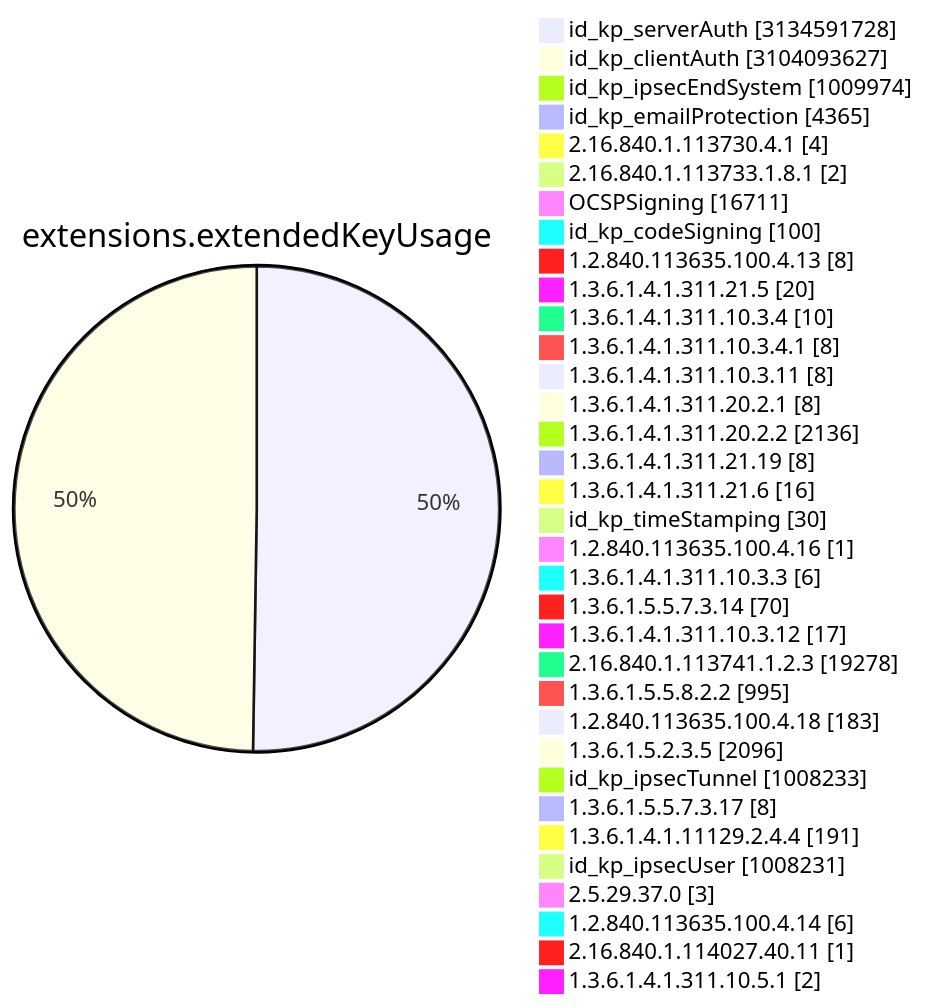
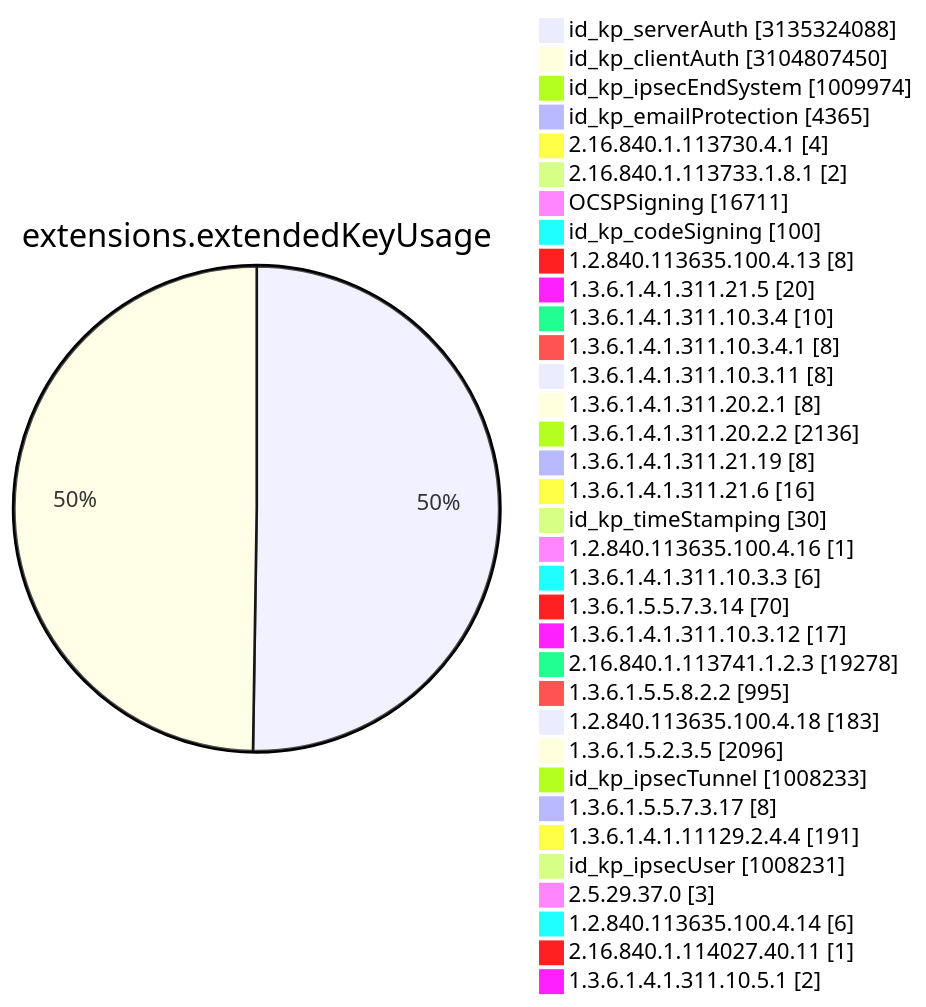
One commit to christiankrug/ctmonitor_visualization changed diagram 11 of 15 in TOTAL/README.md. Above: the diagram before and after it, drawn with Mermaid. The commit also changed other lines of this file, not shown here.

````diff
--- a/TOTAL/README.md
+++ b/TOTAL/README.md
@@ -4117,38 +4117,38 @@
 ```mermaid
 pie showData
 title extensions.extendedKeyUsage
-"id_kp_serverAuth" :3134591728
-"id_kp_clientAuth" :3104093627
+"id_kp_serverAuth" :3135324088
+"id_kp_clientAuth" :3104807450
 "id_kp_ipsecEndSystem" :1009974
 "id_kp_emailProtection" :4365
 "2.16.840.1.113730.4.1" :4
 "2.16.840.1.113733.1.8.1" :2
 "OCSPSigning" :16711
 "id_kp_codeSigning" :100
 "1.2.840.113635.100.4.13" :8
 "1.3.6.1.4.1.311.21.5" :20
 "1.3.6.1.4.1.311.10.3.4" :10
 "1.3.6.1.4.1.311.10.3.4.1" :8
 "1.3.6.1.4.1.311.10.3.11" :8
 "1.3.6.1.4.1.311.20.2.1" :8
 "1.3.6.1.4.1.311.20.2.2" :2136
 "1.3.6.1.4.1.311.21.19" :8
 "1.3.6.1.4.1.311.21.6" :16
 "id_kp_timeStamping" :30
 "1.2.840.113635.100.4.16" :1
 "1.3.6.1.4.1.311.10.3.3" :6
 "1.3.6.1.5.5.7.3.14" :70
 "1.3.6.1.4.1.311.10.3.12" :17
 "2.16.840.1.113741.1.2.3" :19278
 "1.3.6.1.5.5.8.2.2" :995
 "1.2.840.113635.100.4.18" :183
 "1.3.6.1.5.2.3.5" :2096
 "id_kp_ipsecTunnel" :1008233
 "1.3.6.1.5.5.7.3.17" :8
 "1.3.6.1.4.1.11129.2.4.4" :191
 "id_kp_ipsecUser" :1008231
 "2.5.29.37.0" :3
 "1.2.840.113635.100.4.14" :6
 "2.16.840.1.114027.40.11" :1
 "1.3.6.1.4.1.311.10.5.1" :2
 ```
````
